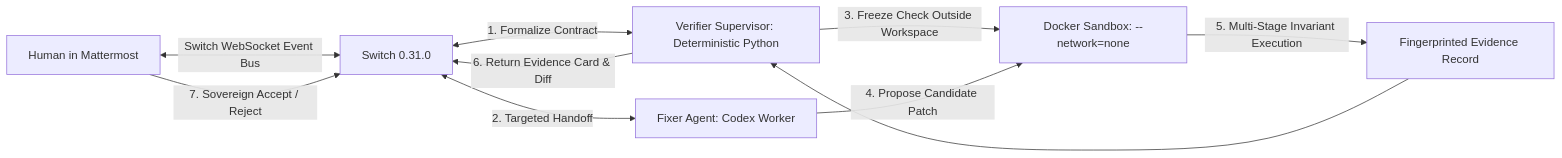
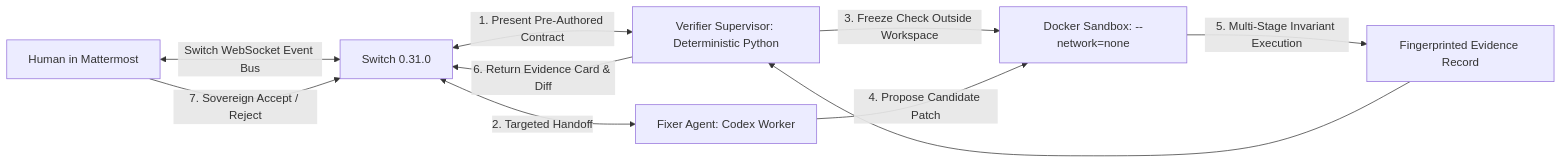
Before and after one commit to sisyphususesarchbtw/synkai-switch: the diagram in README.md, drawn with Mermaid. The commit also changed other lines of this file and 6 other files, not shown here.

````diff
--- a/README.md
+++ b/README.md
@@ -78,12 +78,12 @@
 ```mermaid
 flowchart LR
     H[Human in Mattermost] <-->|Switch WebSocket Event Bus| S[Switch 0.31.0]
-    S <-->|1. Formalize Contract| V[Verifier Supervisor: Deterministic Python]
+    S <-->|1. Present Pre-Authored Contract| V[Verifier Supervisor: Deterministic Python]
     S <-->|2. Targeted Handoff| F[Fixer Agent: Codex Worker]
     V -->|3. Freeze Check Outside Workspace| R[Docker Sandbox: --network=none]
     F -->|4. Propose Candidate Patch| R
     R -->|5. Multi-Stage Invariant Execution| E[Fingerprinted Evidence Record]
     E --> V
     V -->|6. Return Evidence Card & Diff| S
     H -->|7. Sovereign Accept / Reject| S
 ```
````
